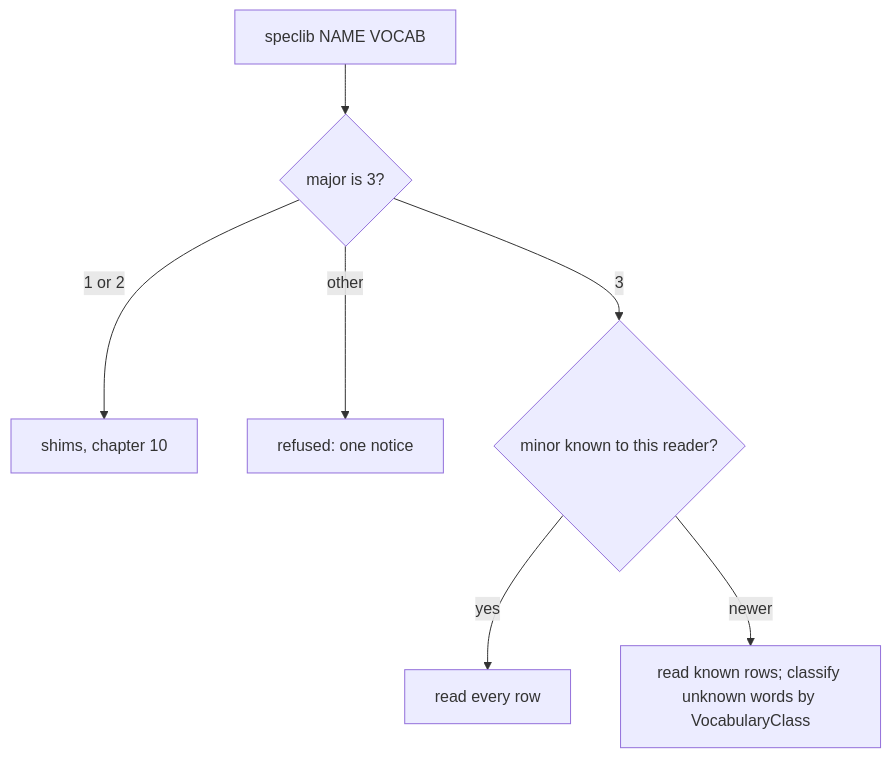
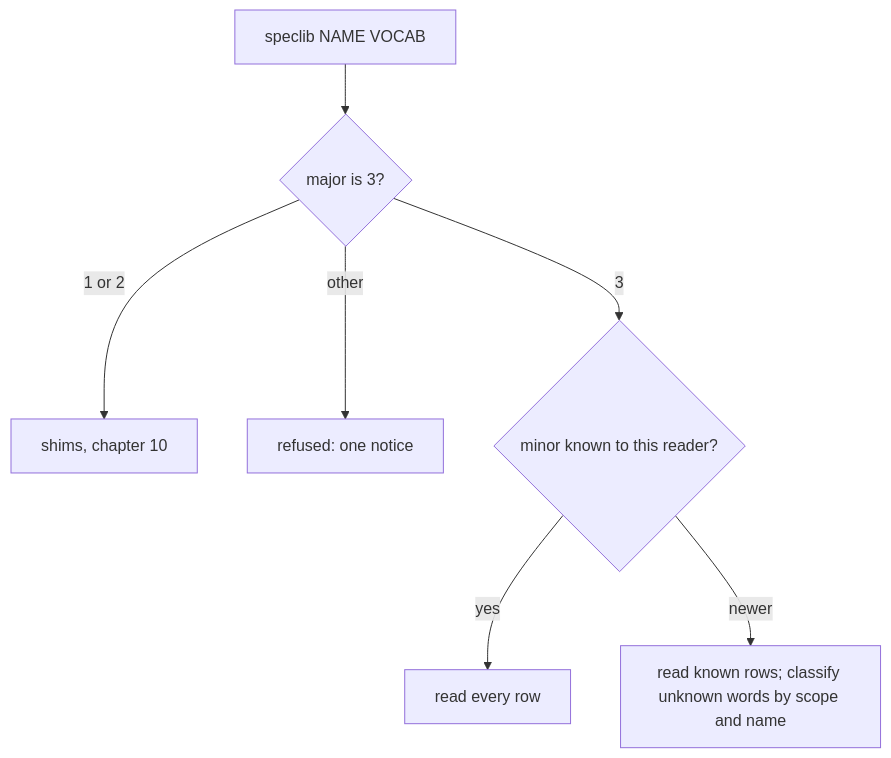
The diagram in docs/design/registry/spectcl-3/02-grammar.md (bitwisecook/tcl-lsp), drawn with Mermaid before and after one commit. The commit also changed other lines of this file and 11 other files, not shown here.

````diff
--- a/docs/design/registry/spectcl-3/02-grammar.md
+++ b/docs/design/registry/spectcl-3/02-grammar.md
@@ -494,9 +763,9 @@
 ```mermaid
 flowchart TB
   header["speclib NAME VOCAB"] --> major{"major is 3?"}
   major -- "1 or 2" --> shim["shims, chapter 10"]
   major -- "other" --> refuse["refused: one notice"]
   major -- "3" --> minor{"minor known to this reader?"}
   minor -- yes --> read["read every row"]
-  minor -- "newer" --> classify["read known rows; classify unknown words by VocabularyClass"]
+  minor -- "newer" --> classify["read known rows; classify unknown words by scope and name"]
 ```
````
